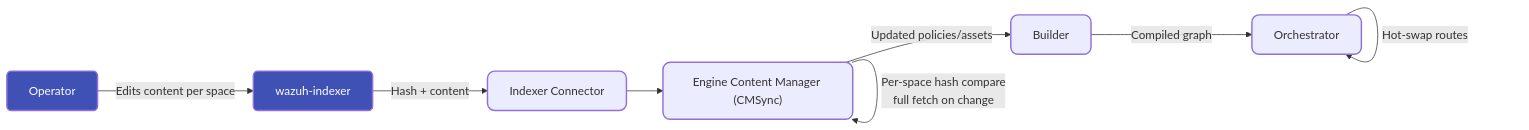
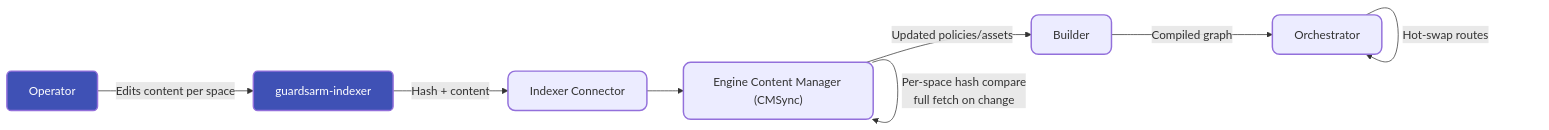
The third of 3 diagrams in docs/ref/modules/engine/architecture.md (guardsarm/guardsarm), drawn with Mermaid before and after one commit. The commit also changed other lines of this file and 4082 other files, not shown here.

````diff
--- a/docs/ref/modules/engine/architecture.md
+++ b/docs/ref/modules/engine/architecture.md
@@ -181,21 +181,21 @@
 ```mermaid
 flowchart LR
 
 classDef ExternalClass fill:#3f51b5,color:#fff,stroke-width:2px,rx:6,ry:6
 classDef ModuleClass stroke-width:2px,rx:10,ry:10
 
 operator["Operator"]:::ExternalClass
-indexer["wazuh-indexer"]:::ExternalClass
+indexer["guardsarm-indexer"]:::ExternalClass
 ic["Indexer Connector"]:::ModuleClass
 cm["Engine Content Manager (CMSync)"]:::ModuleClass
 builder["Builder"]:::ModuleClass
 orchestrator["Orchestrator"]:::ModuleClass
 
 operator -- "Edits content per space" --> indexer
 indexer -- "Hash + content" --> ic
 ic --> cm
 cm -- "Per-space hash compare<br/>full fetch on change" --> cm
 cm -- "Updated policies/assets" --> builder
 builder -- "Compiled graph" --> orchestrator
 orchestrator -- "Hot-swap routes" --> orchestrator
 ```
````
